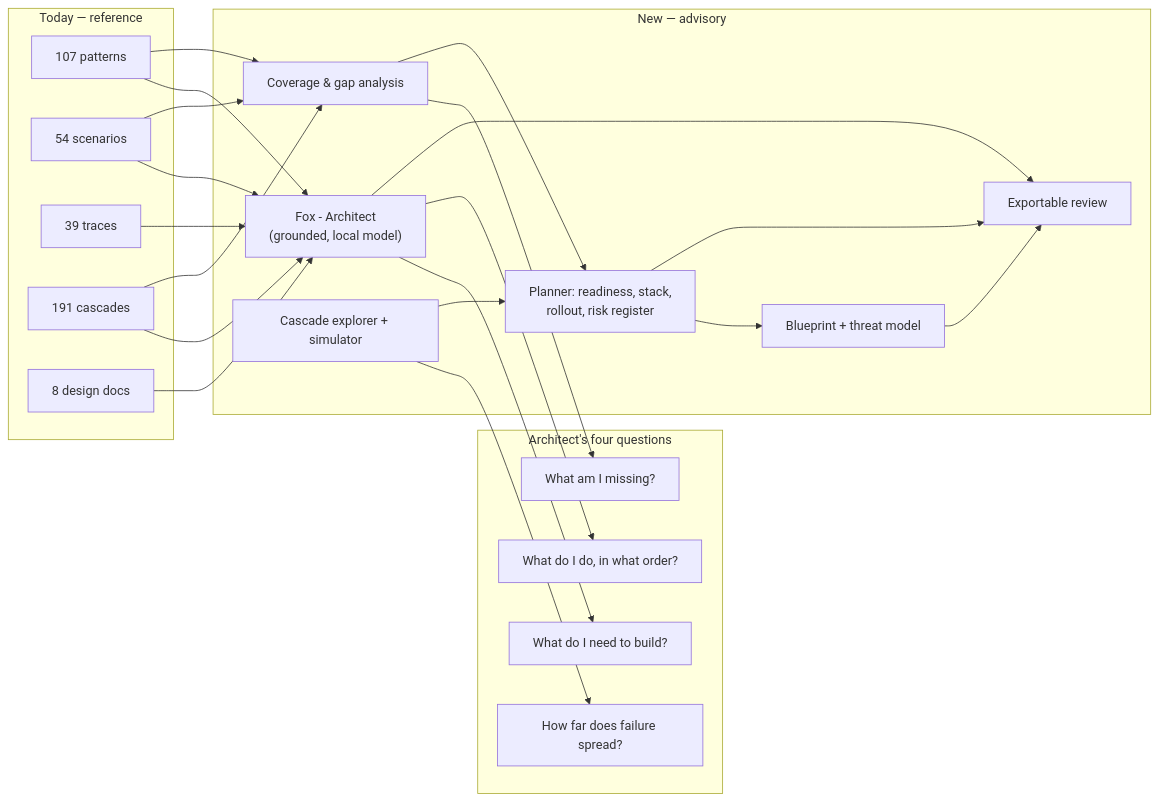
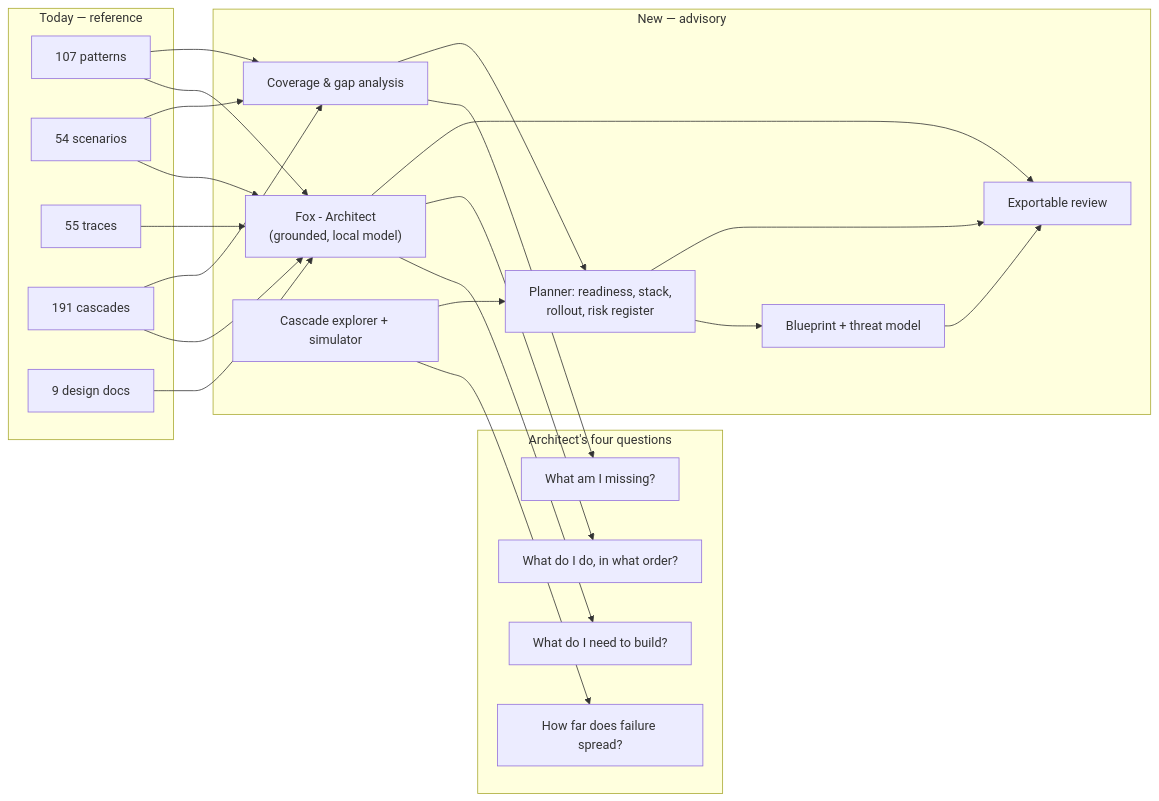
The first of 6 diagrams in design/07-architect-analysis.md (harishgovardhandamodar/AI-Agents-Patterns), drawn with Mermaid before and after one commit. The commit also changed 12 other files, not shown here.

````diff
--- a/design/07-architect-analysis.md
+++ b/design/07-architect-analysis.md
@@ -10,42 +10,42 @@
 ```mermaid
 flowchart LR
   subgraph TODAY["Today — reference"]
     P["107 patterns"]
     S["54 scenarios"]
-    T["39 traces"]
+    T["55 traces"]
     C["191 cascades"]
-    D["8 design docs"]
+    D["9 design docs"]
   end
   subgraph ASK["Architect's four questions"]
     Q1["What do I need to build?"]
     Q2["What am I missing?"]
     Q3["How far does failure spread?"]
     Q4["What do I do, in what order?"]
   end
   subgraph NEW["New — advisory"]
     CP["Fox - Architect<br/>(grounded, local model)"]
     CV["Coverage &amp; gap analysis"]
     CA["Cascade explorer + simulator"]
     PL["Planner: readiness, stack,<br/>rollout, risk register"]
     BP["Blueprint + threat model"]
     RP["Exportable review"]
   end
   P --> CP
   S --> CP
   T --> CP
   C --> CP
   D --> CP
   P --> CV
   S --> CV
   C --> CV
   CP --> Q1
   CP --> Q4
   CV --> Q2
   CA --> Q3
   CA --> PL
   CV --> PL
   PL --> BP
   BP --> RP
   PL --> RP
   CP --> RP
 ```
````
